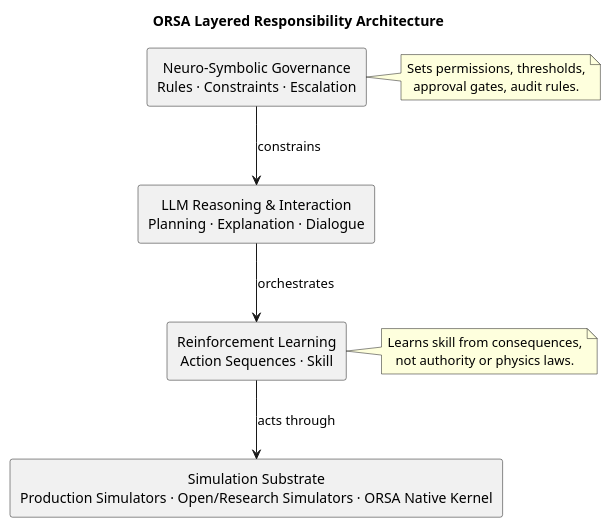
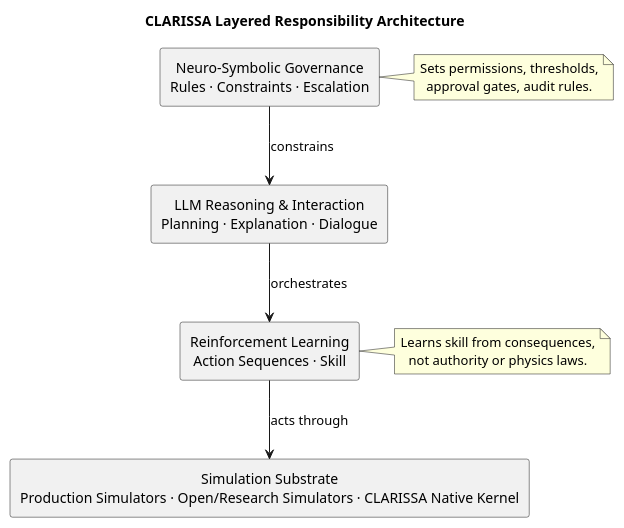
The diagram in architecture/layered-architecture.puml (wolfram-laube/clarissa), drawn with PlantUML before and after one commit. The commit also changed 36 other files, not shown here.

Commit message:
refactor: rename ORSA to CLARISSA (Conversational Language Agent for Reservoir Integrated Simulation System Analysis) (batch 1/2)

```diff
--- a/architecture/layered-architecture.puml
+++ b/architecture/layered-architecture.puml
@@ -1,27 +1,27 @@
 @startuml
-title ORSA Layered Responsibility Architecture
+title CLARISSA Layered Responsibility Architecture
 
 skinparam Shadowing false
 skinparam componentStyle rectangle
 skinparam defaultTextAlignment center
 
 rectangle "Neuro-Symbolic Governance\nRules · Constraints · Escalation" as GOV
 rectangle "LLM Reasoning & Interaction\nPlanning · Explanation · Dialogue" as LLM
 rectangle "Reinforcement Learning\nAction Sequences · Skill" as RL
-rectangle "Simulation Substrate\nProduction Simulators · Open/Research Simulators · ORSA Native Kernel" as SIM
+rectangle "Simulation Substrate\nProduction Simulators · Open/Research Simulators · CLARISSA Native Kernel" as SIM
 
 GOV -down-> LLM : constrains
 LLM -down-> RL : orchestrates
 RL  -down-> SIM : acts through
 
 note right of GOV
 Sets permissions, thresholds,
 approval gates, audit rules.
 end note
 
 note right of RL
 Learns skill from consequences,
 not authority or physics laws.
 end note
 
 @enduml
```
